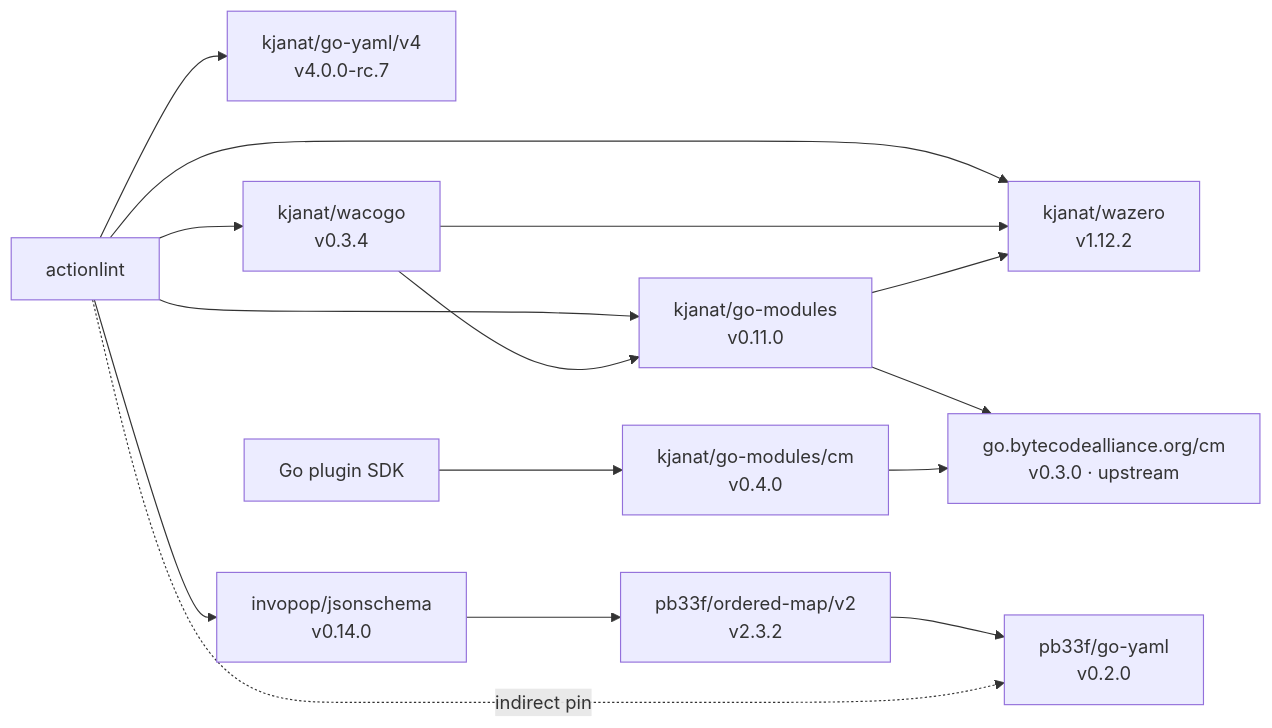
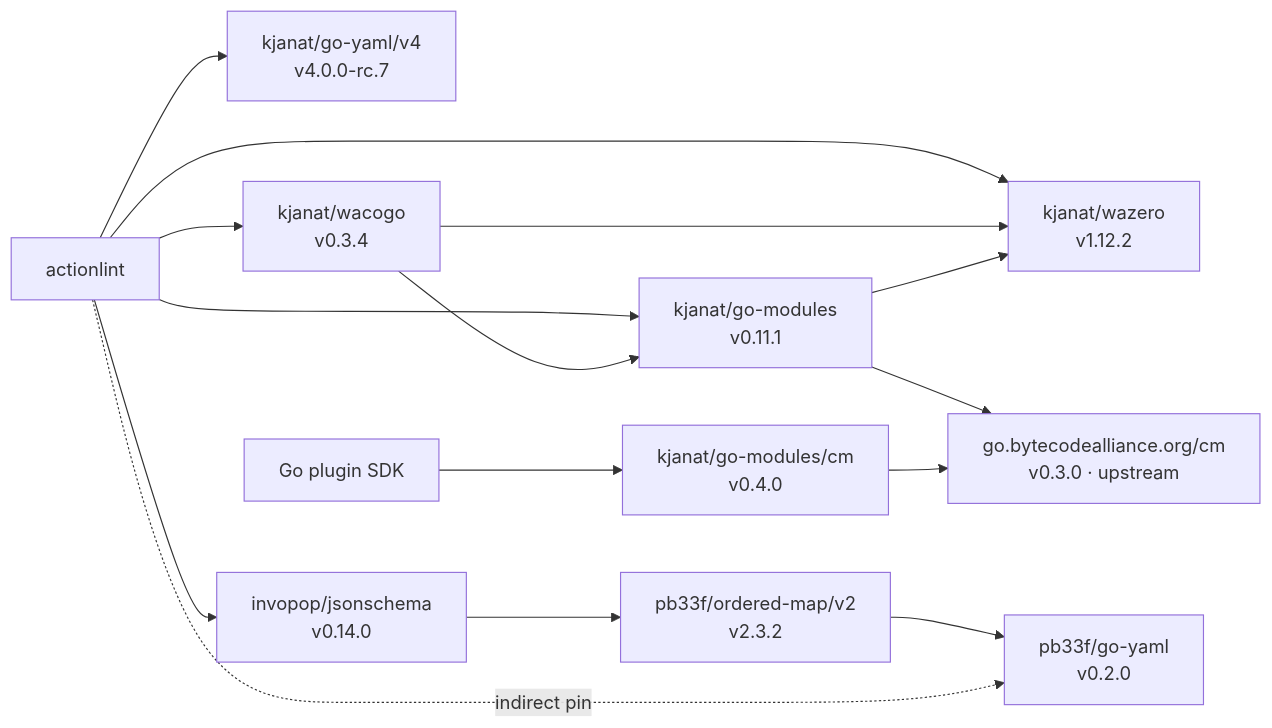
The diagram in docs/go-forks.md (kjanat/actionlint), drawn with Mermaid before and after one commit. The commit also changed 2 other files, not shown here.

Commit message:
Bump go-modules to v0.11.1
cm/v0.4.0 is the newest cm/ tag of the fork. Regenerating the Go
bindings, the plugin contract and the component bindings with
v0.11.1 leaves every file byte-identical. The rebuilt
insecure-download fixture is byte-identical too.

````diff
--- a/docs/go-forks.md
+++ b/docs/go-forks.md
@@ -5,26 +5,26 @@
 ```mermaid
 flowchart LR
     %% renovate: depName=github.com/kjanat/go-yaml/v4
     A[actionlint] --> Y["kjanat/go-yaml/v4<br/>v4.0.0-rc.7"]
     %% renovate: depName=github.com/kjanat/wacogo
     A --> W["kjanat/wacogo<br/>v0.3.4"]
     %% renovate: depName=github.com/kjanat/wazero
     A --> Z["kjanat/wazero<br/>v1.12.2"]
     %% renovate: depName=github.com/kjanat/go-modules
-    A --> G["kjanat/go-modules<br/>v0.11.0"]
+    A --> G["kjanat/go-modules<br/>v0.11.1"]
     W --> G
     W --> Z
     G --> Z
     %% renovate: depName=github.com/kjanat/go-modules/cm
     E[Go plugin SDK] --> CM["kjanat/go-modules/cm<br/>v0.4.0"]
     %% renovate: depName=go.bytecodealliance.org/cm
     G --> U["go.bytecodealliance.org/cm<br/>v0.3.0 · upstream"]
     CM --> U
     %% renovate: depName=github.com/invopop/jsonschema
     A --> J["invopop/jsonschema<br/>v0.14.0"]
     %% renovate: depName=github.com/pb33f/ordered-map/v2
     J --> O["pb33f/ordered-map/v2<br/>v2.3.2"]
     %% renovate: depName=github.com/pb33f/go-yaml
     O --> P["pb33f/go-yaml<br/>v0.2.0"]
     A -. indirect pin .-> P
 ```
````
